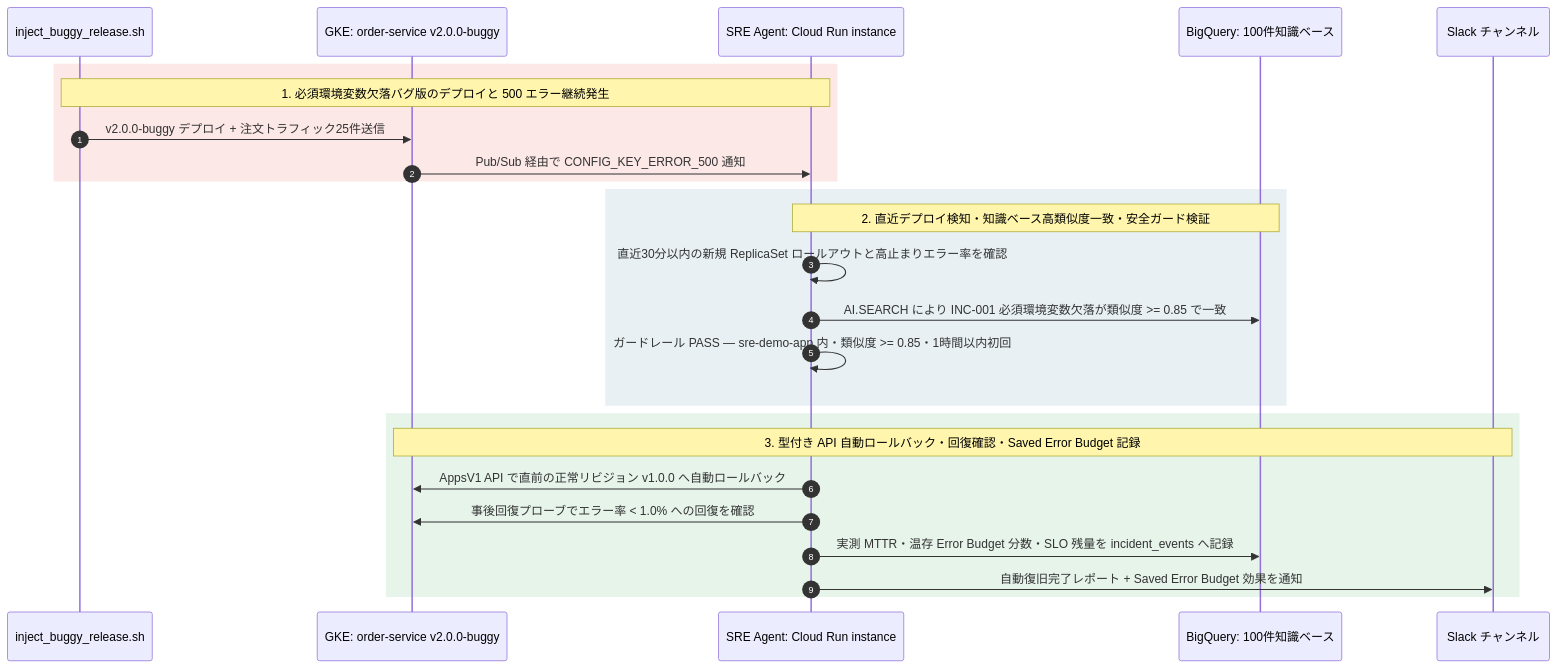
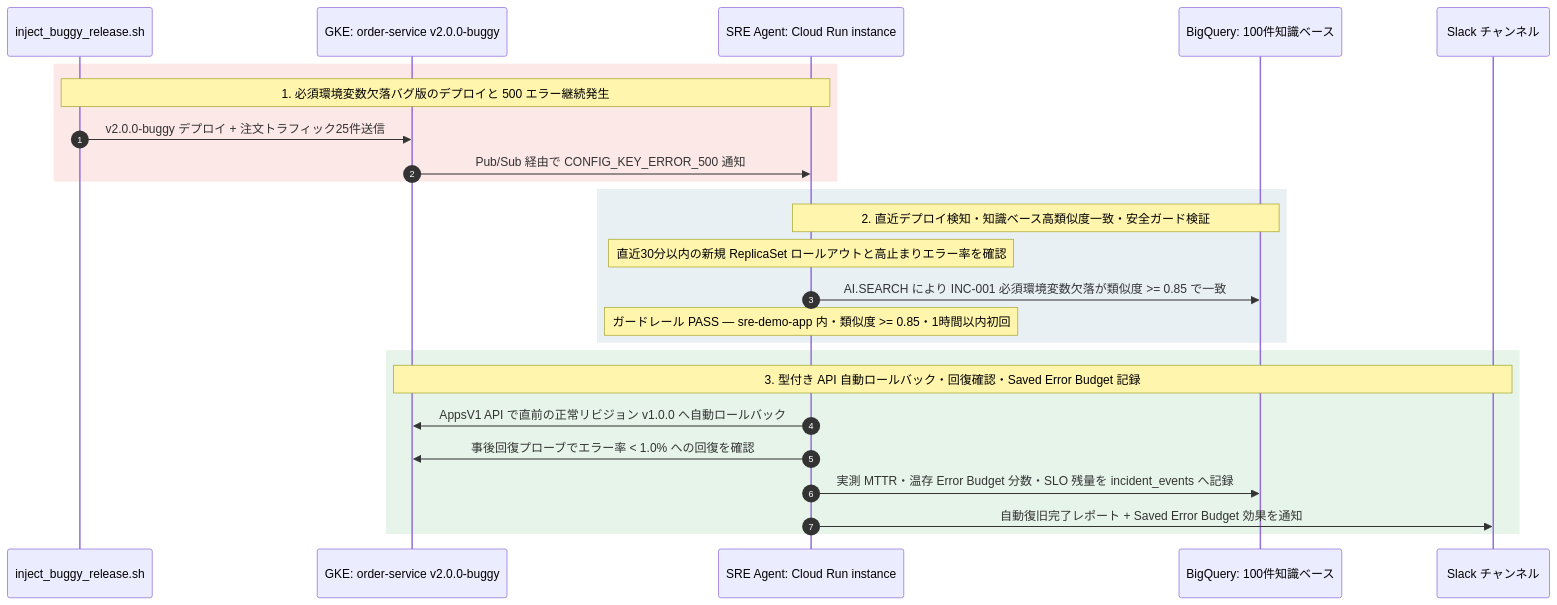
Before and after one commit to tyorikan/agentic-sre-handson: the third of 5 diagrams in docs/05-deploy-cloud-run-instance-and-drills.md, drawn with Mermaid. The commit also changed other lines of this file and 26 other files, not shown here.

Commit message:
Polish agent guardrails, phased rollout cheatsheet, cleanup parity, and architecture diagrams

````diff
--- a/docs/05-deploy-cloud-run-instance-and-drills.md
+++ b/docs/05-deploy-cloud-run-instance-and-drills.md
@@ -223,30 +253,30 @@
 ```mermaid
 sequenceDiagram
     autonumber
     participant Script as inject_buggy_release.sh
     participant GKE as GKE: order-service v2.0.0-buggy
     participant Agent as SRE Agent: Cloud Run instance
     participant BQ as BigQuery: 100件知識ベース
     participant Slack as Slack チャンネル
 
     rect rgb(252, 232, 230)
         Note over Script,Agent: 1. 必須環境変数欠落バグ版のデプロイと 500 エラー継続発生
         Script->>GKE: v2.0.0-buggy デプロイ + 注文トラフィック25件送信
         GKE->>Agent: Pub/Sub 経由で CONFIG_KEY_ERROR_500 通知
     end
 
     rect rgb(232, 240, 244)
         Note over Agent,BQ: 2. 直近デプロイ検知・知識ベース高類似度一致・安全ガード検証
-        Agent->>Agent: 直近30分以内の新規 ReplicaSet ロールアウトと高止まりエラー率を確認
+        Note over Agent: 直近30分以内の新規 ReplicaSet ロールアウトと高止まりエラー率を確認
         Agent->>BQ: AI.SEARCH により INC-001 必須環境変数欠落が類似度 >= 0.85 で一致
-        Agent->>Agent: ガードレール PASS — sre-demo-app 内・類似度 >= 0.85・1時間以内初回
+        Note over Agent: ガードレール PASS — sre-demo-app 内・類似度 >= 0.85・1時間以内初回
     end
 
     rect rgb(230, 244, 234)
         Note over GKE,Slack: 3. 型付き API 自動ロールバック・回復確認・Saved Error Budget 記録
         Agent->>GKE: AppsV1 API で直前の正常リビジョン v1.0.0 へ自動ロールバック
         Agent->>GKE: 事後回復プローブでエラー率 < 1.0% への回復を確認
         Agent->>BQ: 実測 MTTR・温存 Error Budget 分数・SLO 残量を incident_events へ記録
         Agent->>Slack: 自動復旧完了レポート + Saved Error Budget 効果を通知
     end
 ```
````
